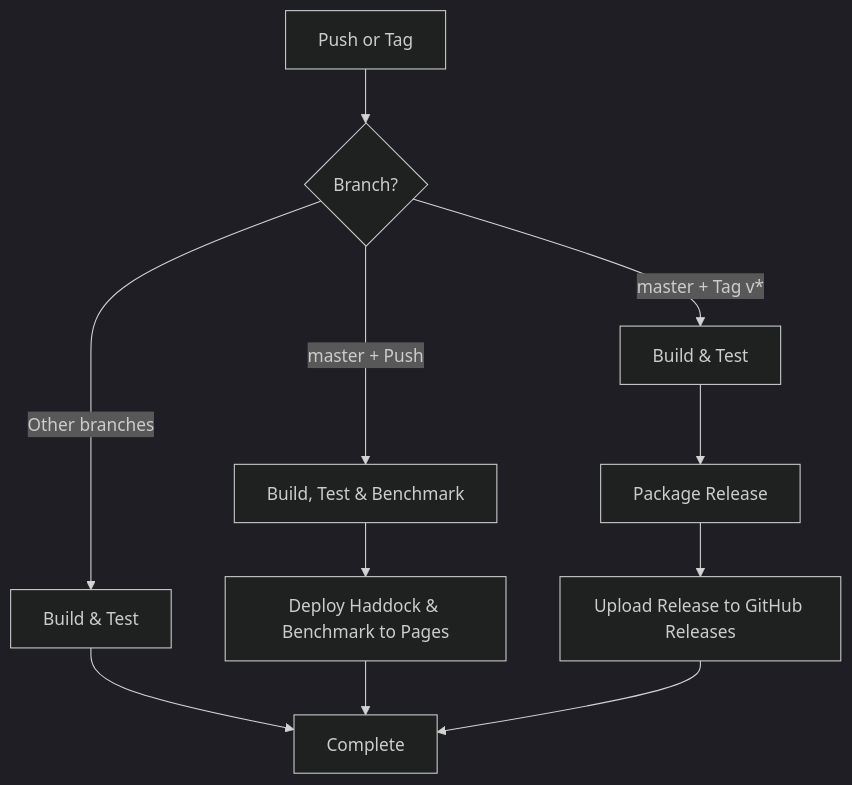
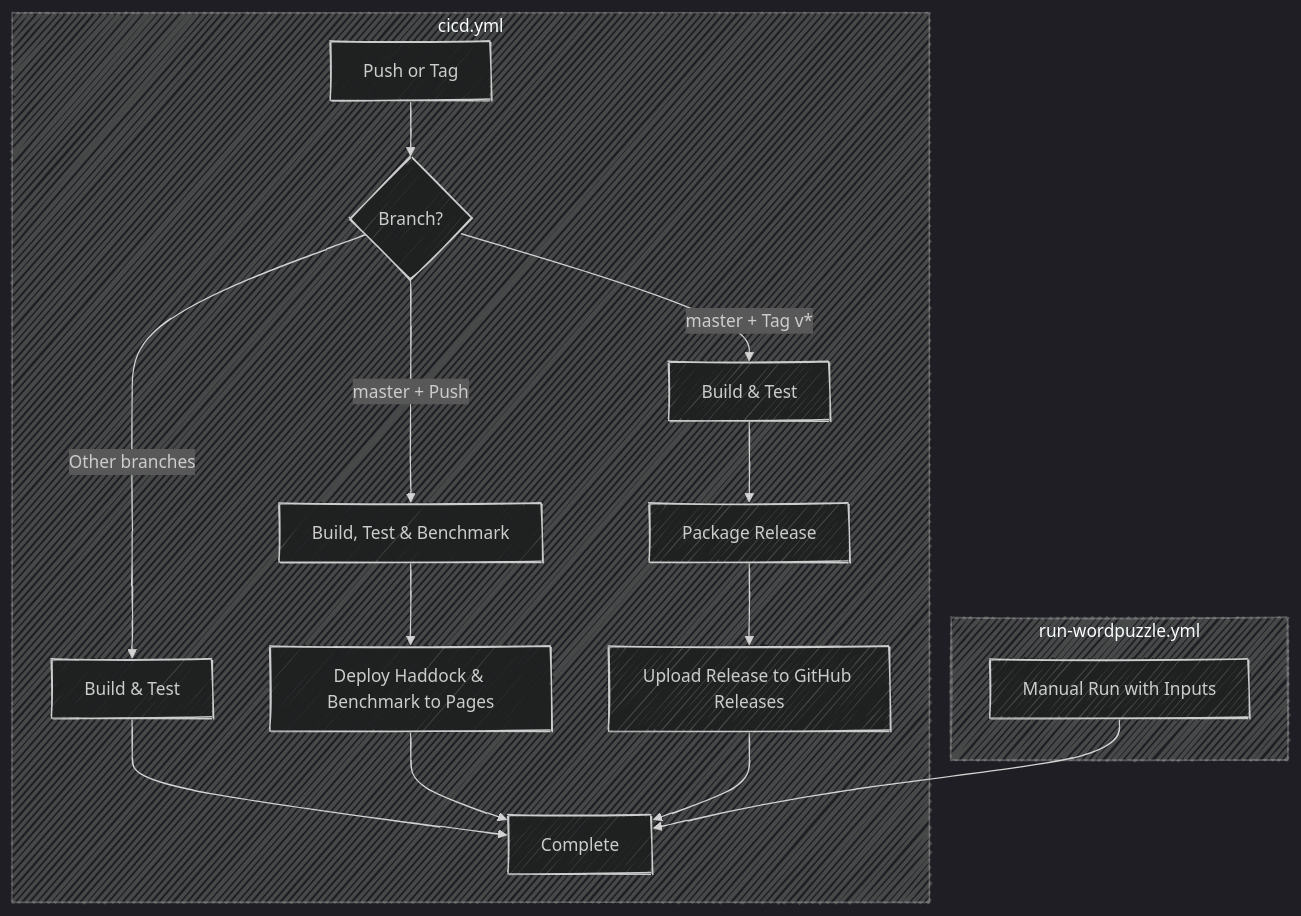
One commit to frankhjung/haskell-wordpuzzle changed the first of 2 diagrams in README.md. Above: the diagram before and after it, drawn with Mermaid (dark theme). The commit also changed other lines of this file and 12 other files, not shown here.

````diff
--- a/README.md
+++ b/README.md
@@ -105,13 +105,23 @@
 ```mermaid
+---
+config:
+  look: handDrawn
+---
 graph TD
-    A["Push or Tag"] --> B{Branch?}
-    B -->|master + Tag v*| C["Build & Test"]
-    B -->|master + Push| D["Build, Test & Benchmark"]
-    B -->|Other branches| E["Build & Test"]
-    C --> F["Package Release"]
-    D --> G["Deploy Haddock & Benchmark to Pages"]
-    F --> H["Upload Release to GitHub Releases"]
-    E --> I["Complete"]
-    G --> I
-    H --> I
+    subgraph "cicd.yml"
+      A["Push or Tag"] --> B{Branch?}
+      B -->|master + Tag v*| C["Build & Test"]
+      B -->|master + Push| D["Build, Test & Benchmark"]
+      B -->|Other branches| E["Build & Test"]
+      C --> F["Package Release"]
+      D --> G["Deploy Haddock & Benchmark to Pages"]
+      F --> H["Upload Release to GitHub Releases"]
+      E --> I["Complete"]
+      G --> I
+      H --> I
+    end
+    subgraph "run-wordpuzzle.yml"
+      J["Manual Run with Inputs"]
+    end
+    J --> I
 ```
````
